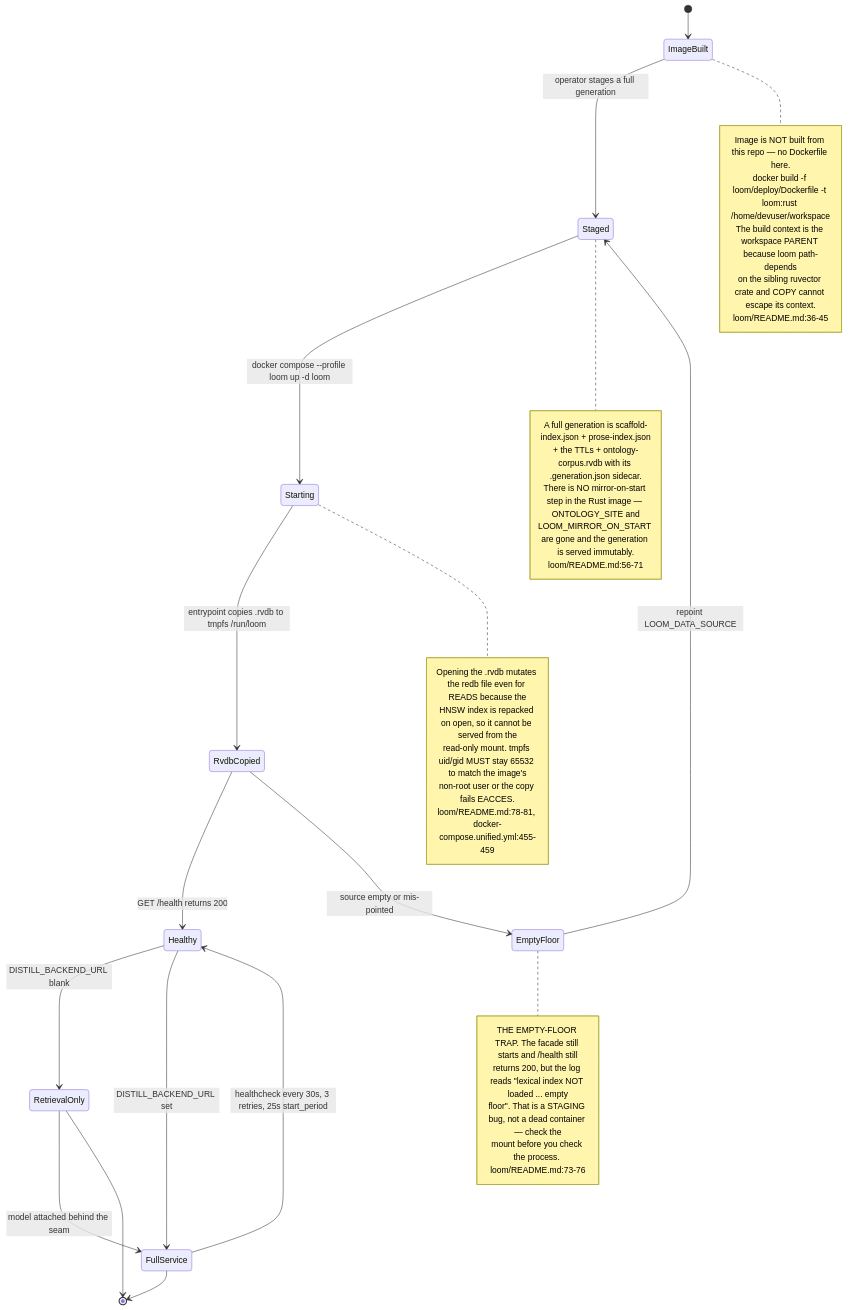
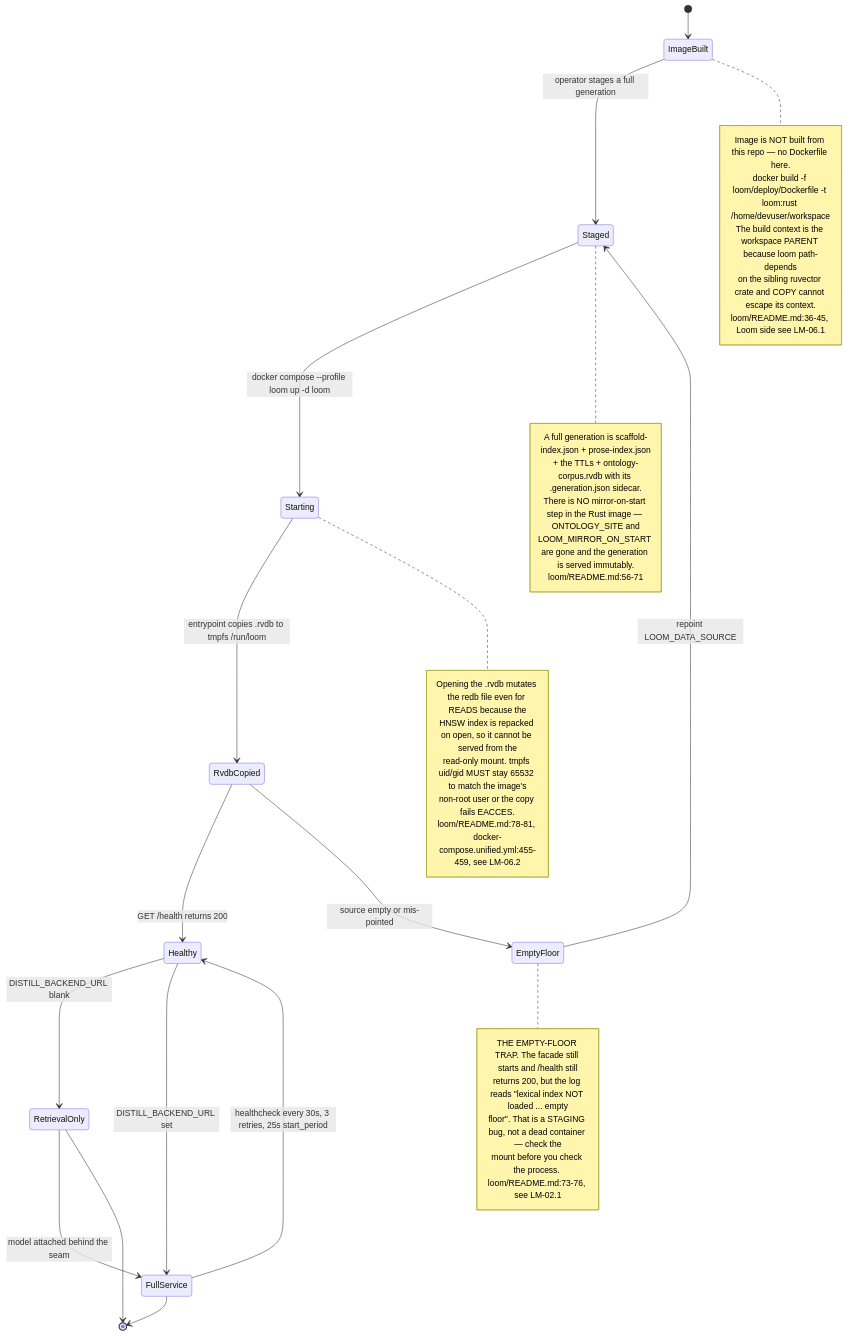
Before and after one commit to DreamLab-AI/VisionFlow: the seventh of 14 diagrams in docs/diagrams/agentbox/24-loom-facade.md, drawn with Mermaid. The commit also changed other lines of this file and 12 other files, not shown here.

First line of the commit message:
diagrams: cross-topic consistency and prose citation repairs

````diff
--- a/docs/diagrams/agentbox/24-loom-facade.md
+++ b/docs/diagrams/agentbox/24-loom-facade.md
@@ -292,43 +292,43 @@
 ```mermaid
 stateDiagram-v2
     [*] --> ImageBuilt
     ImageBuilt --> Staged : operator stages a full generation
     note right of ImageBuilt
         Image is NOT built from this repo — no Dockerfile here.
         docker build -f loom/deploy/Dockerfile -t loom:rust /home/devuser/workspace
         The build context is the workspace PARENT because loom path-depends
         on the sibling ruvector crate and COPY cannot escape its context.
-        loom/README.md:36-45
+        loom/README.md:36-45, Loom side see LM-06.1
     end note
     Staged --> Starting : docker compose --profile loom up -d loom
     note right of Staged
         A full generation is scaffold-index.json + prose-index.json
         + the TTLs + ontology-corpus.rvdb with its .generation.json sidecar.
         There is NO mirror-on-start step in the Rust image — ONTOLOGY_SITE and
         LOOM_MIRROR_ON_START are gone and the generation is served immutably.
         loom/README.md:56-71
     end note
     Starting --> RvdbCopied : entrypoint copies .rvdb to tmpfs /run/loom
     note right of Starting
         Opening the .rvdb mutates the redb file even for READS because the
         HNSW index is repacked on open, so it cannot be served from the
         read-only mount. tmpfs uid/gid MUST stay 65532 to match the image's
         non-root user or the copy fails EACCES.
-        loom/README.md:78-81, docker-compose.unified.yml:455-459
+        loom/README.md:78-81, docker-compose.unified.yml:455-459, see LM-06.2
     end note
     RvdbCopied --> Healthy : GET /health returns 200
     RvdbCopied --> EmptyFloor : source empty or mis-pointed
     note right of EmptyFloor
         THE EMPTY-FLOOR TRAP. The facade still starts and /health still
         returns 200, but the log reads "lexical index NOT loaded ... empty
         floor". That is a STAGING bug, not a dead container — check the
-        mount before you check the process. loom/README.md:73-76
+        mount before you check the process. loom/README.md:73-76, see LM-02.1
     end note
     EmptyFloor --> Staged : repoint LOOM_DATA_SOURCE
     Healthy --> RetrievalOnly : DISTILL_BACKEND_URL blank
     Healthy --> FullService : DISTILL_BACKEND_URL set
     RetrievalOnly --> FullService : model attached behind the seam
     FullService --> Healthy : healthcheck every 30s, 3 retries, 25s start_period
     RetrievalOnly --> [*]
     FullService --> [*]
 ```
````
